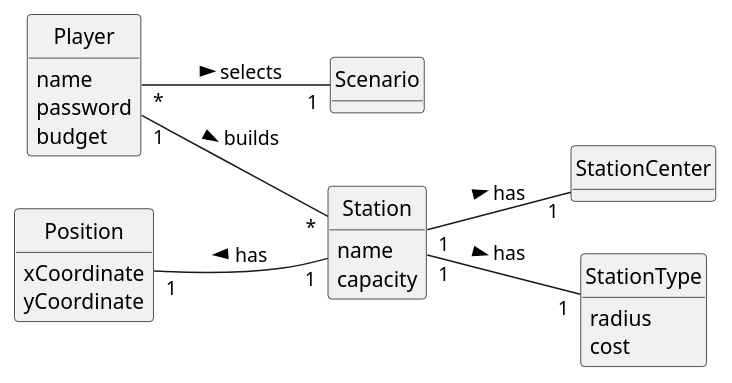
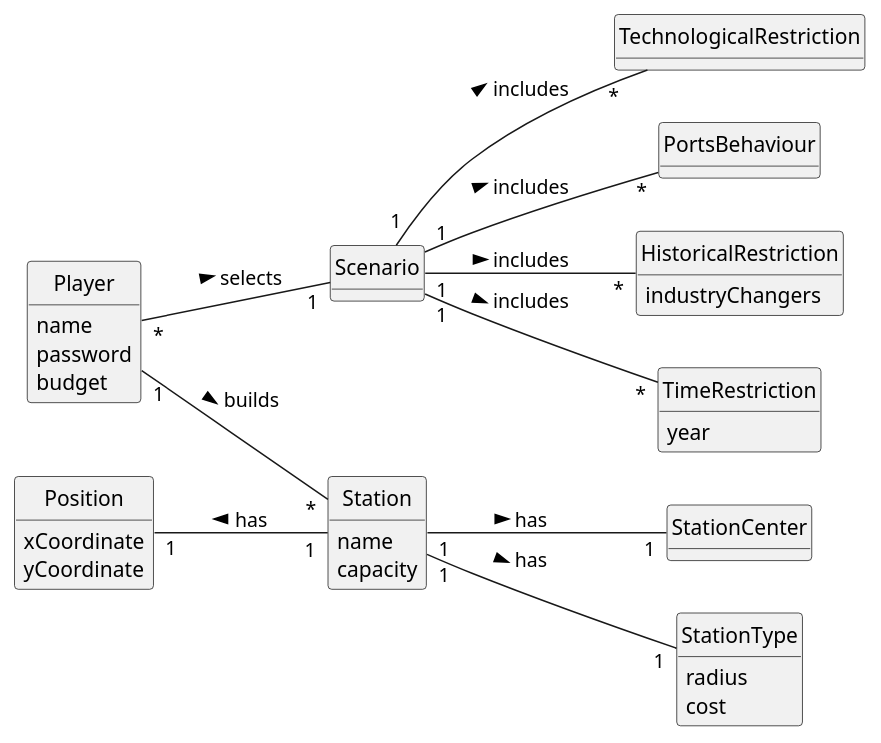
Before and after one commit to 1240935/pi2-railway-simulator: the diagram in Sprint2/US005/02.analysis/puml/US005-DM.puml, drawn with PlantUML. The commit also changed 9 other files, not shown here.

```diff
--- a/Sprint2/US005/02.analysis/puml/US005-DM.puml
+++ b/Sprint2/US005/02.analysis/puml/US005-DM.puml
@@ -1,47 +1,65 @@
 @startuml
 skinparam monochrome true
 skinparam packageStyle rectangle
 skinparam shadowing false
 'skinparam linetype ortho
 'left to right direction
 skinparam classAttributeIconSize 0
 hide circle
 hide methods
 
 left to right direction
 
 class Player {
     name
     password
     budget
 }
 
 class Station {
     name
     capacity
 }
 
 class StationCenter{
 }
 
 class StationType{
     radius
     cost
 }
 
 class Position{
     xCoordinate
     yCoordinate
 }
 
 class Scenario {
 }
 
+class HistoricalRestriction{
+    industryChangers
+}
+
+class TimeRestriction{
+    year
+}
+
+class TechnologicalRestriction{
+}
+
+class PortsBehaviour{
+}
+
 
 Station "1" -- "1" StationType: has >
 Station "1" -- "1" StationCenter: has >
 Player "1" -- "*" Station: builds >
 Player "*" -- "1" Scenario : selects >
 Position "1" -- "1" Station: has <
+Scenario "1" -- "*" HistoricalRestriction: includes >
+Scenario "1" -- "*" TechnologicalRestriction: includes >
+Scenario "1" -- "*" TimeRestriction: includes >
+Scenario "1" -- "*" PortsBehaviour: includes >
 
 @enduml
```
